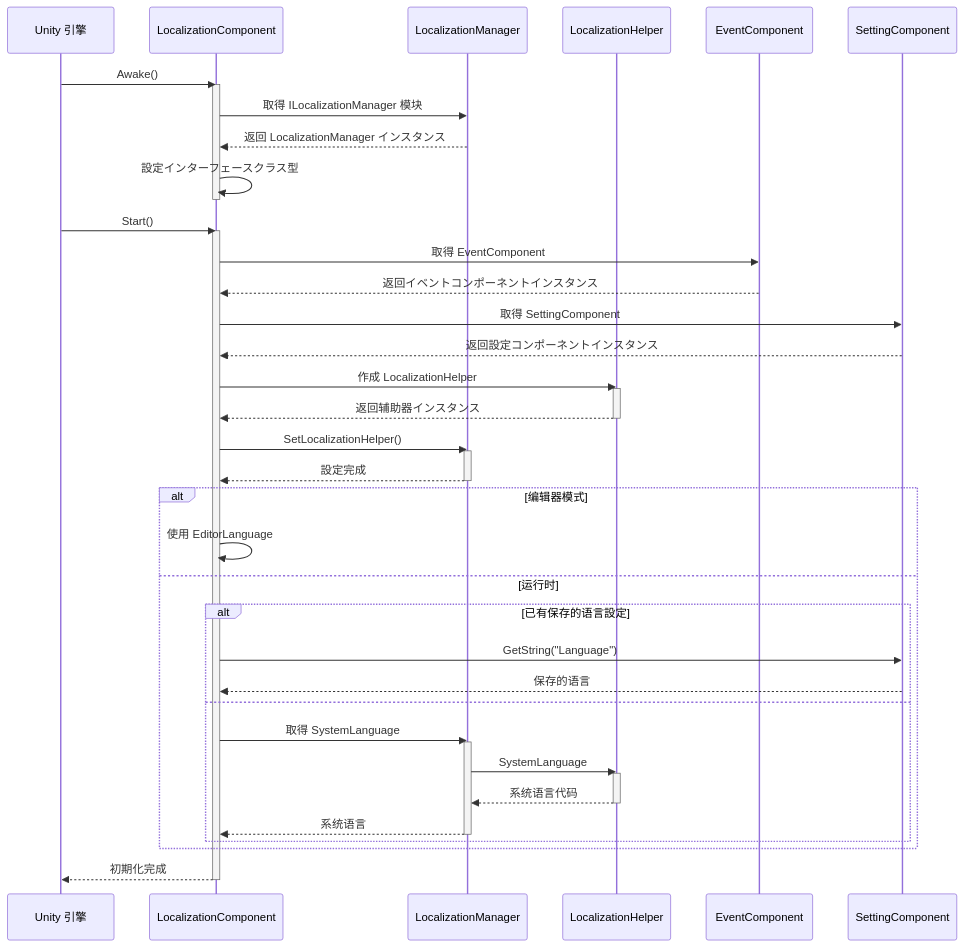
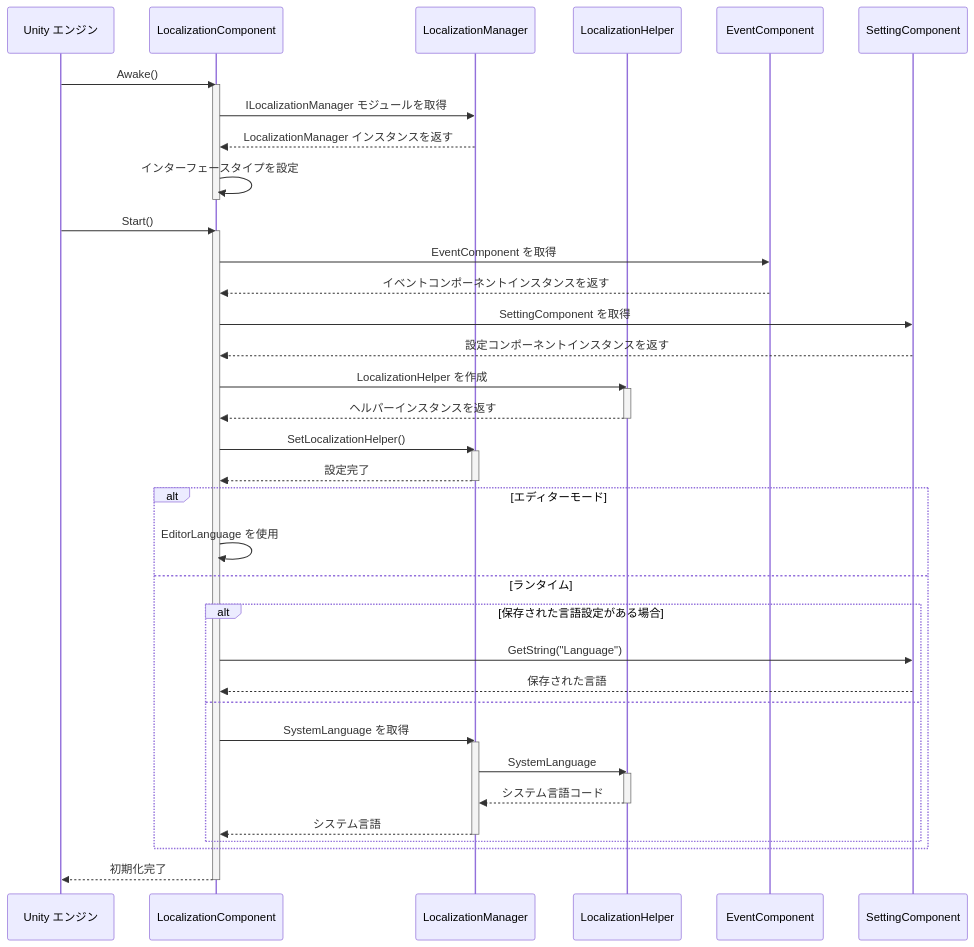
Before and after one commit to AlianBlank/GameFrameX.Docs: the second of 5 diagrams in docs/ja/client/unity/component/localization/01.overview.md, drawn with Mermaid. The commit also changed other lines of this file and 320 other files, not shown here.

````diff
--- a/docs/ja/client/unity/component/localization/01.overview.md
+++ b/docs/ja/client/unity/component/localization/01.overview.md
@@ -67,54 +67,54 @@
 ```mermaid
 sequenceDiagram
-    participant Unity as Unity 引擎
+    participant Unity as Unity エンジン
     participant LC as LocalizationComponent
     participant LM as LocalizationManager
     participant LH as LocalizationHelper
     participant EC as EventComponent
     participant SC as SettingComponent
 
     Unity->>LC: Awake()
     activate LC
-    LC->>LM: 取得 ILocalizationManager 模块
-    LM-->>LC: 返回 LocalizationManager インスタンス
-    LC->>LC: 設定インターフェースクラス型
+    LC->>LM: ILocalizationManager モジュールを取得
+    LM-->>LC: LocalizationManager インスタンスを返す
+    LC->>LC: インターフェースタイプを設定
     deactivate LC
 
     Unity->>LC: Start()
     activate LC
-    LC->>EC: 取得 EventComponent
-    EC-->>LC: 返回イベントコンポーネントインスタンス
-    LC->>SC: 取得 SettingComponent
-    SC-->>LC: 返回設定コンポーネントインスタンス
+    LC->>EC: EventComponent を取得
+    EC-->>LC: イベントコンポーネントインスタンスを返す
+    LC->>SC: SettingComponent を取得
+    SC-->>LC: 設定コンポーネントインスタンスを返す
 
-    LC->>LH: 作成 LocalizationHelper
+    LC->>LH: LocalizationHelper を作成
     activate LH
-    LH-->>LC: 返回辅助器インスタンス
+    LH-->>LC: ヘルパーインスタンスを返す
     deactivate LH
 
     LC->>LM: SetLocalizationHelper()
     activate LM
-    LM-->>LC: 設定完成
+    LM-->>LC: 設定完了
     deactivate LM
 
-    alt 编辑器模式
-        LC->>LC: 使用 EditorLanguage
-    else 运行时
-        alt 已有保存的语言設定
+    alt エディターモード
+        LC->>LC: EditorLanguage を使用
+    else ランタイム
+        alt 保存された言語設定がある場合
             LC->>SC: GetString("Language")
-            SC-->>LC: 保存的语言
+            SC-->>LC: 保存された言語
         else
-            LC->>LM: 取得 SystemLanguage
+            LC->>LM: SystemLanguage を取得
             activate LM
             LM->>LH: SystemLanguage
             activate LH
-            LH-->>LM: 系统语言代码
+            LH-->>LM: システム言語コード
             deactivate LH
-            LM-->>LC: 系统语言
+            LM-->>LC: システム言語
             deactivate LM
         end
     end
 
-    LC-->>Unity: 初期化完成
+    LC-->>Unity: 初期化完了
     deactivate LC
 ```
````
